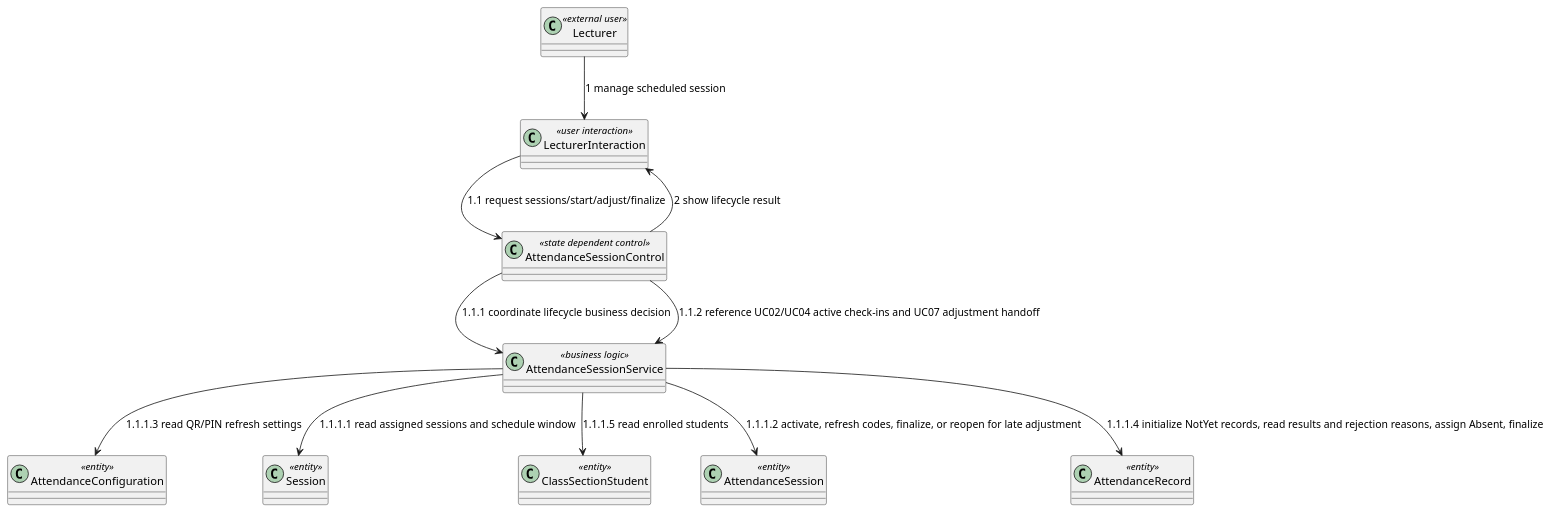
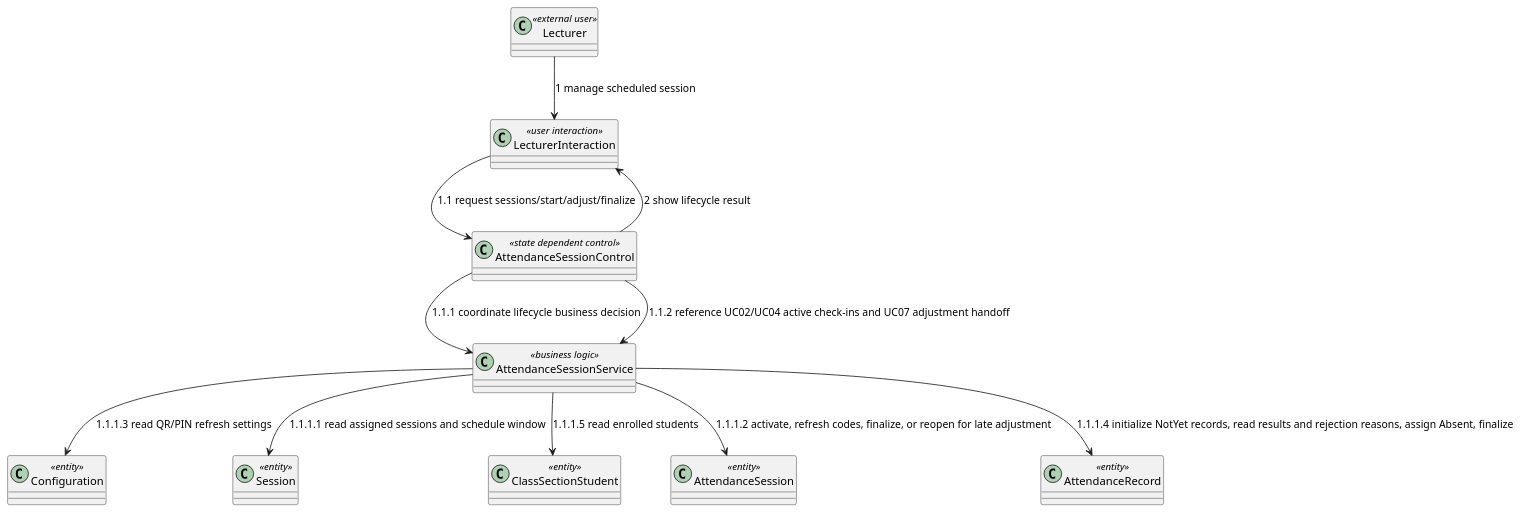
Before and after one commit to nttung42/SWD392: diagram 16 of 26 in docs/rds/2_Analysis.md, drawn with PlantUML. The commit also changed other lines of this file and 2 other files, not shown here.

````diff
--- a/docs/rds/2_Analysis.md
+++ b/docs/rds/2_Analysis.md
@@ -774,24 +775,24 @@
 ```plantuml
 @startuml
 class "Lecturer" as Lecturer <<external user>>
 class "LecturerInteraction" as LecturerUI <<user interaction>>
 class "AttendanceSessionControl" as SessionControl <<state dependent control>>
 class "AttendanceSessionService" as SessionRules <<business logic>>
-class "AttendanceConfiguration" as AttendanceConfig <<entity>>
+class "Configuration" as Configuration <<entity>>
 class "Session" as Session <<entity>>
 class "ClassSectionStudent" as ClassSectionStudent <<entity>>
 class "AttendanceSession" as AttendanceSession <<entity>>
 class "AttendanceRecord" as AttendanceRecord <<entity>>
 
 Lecturer --> LecturerUI : 1 manage scheduled session
 LecturerUI --> SessionControl : 1.1 request sessions/start/adjust/finalize
 SessionControl --> SessionRules : 1.1.1 coordinate lifecycle business decision
 SessionRules --> Session : 1.1.1.1 read assigned sessions and schedule window
 SessionRules --> AttendanceSession : 1.1.1.2 activate, refresh codes, finalize, or reopen for late adjustment
-SessionRules --> AttendanceConfig : 1.1.1.3 read QR/PIN refresh settings
+SessionRules --> Configuration : 1.1.1.3 read QR/PIN refresh settings
 SessionRules --> AttendanceRecord : 1.1.1.4 initialize NotYet records, read results and rejection reasons, assign Absent, finalize
 SessionRules --> ClassSectionStudent : 1.1.1.5 read enrolled students
 SessionControl --> SessionRules : 1.1.2 reference UC02/UC04 active check-ins and UC07 adjustment handoff
 SessionControl --> LecturerUI : 2 show lifecycle result
 @enduml
 ```
````
